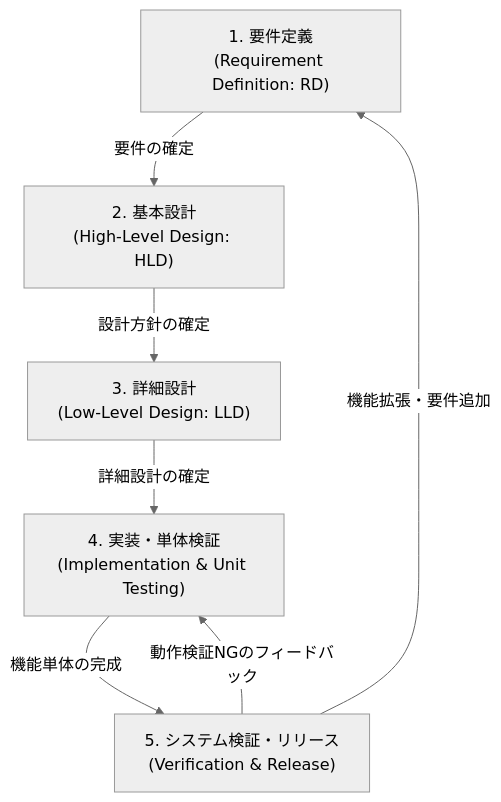
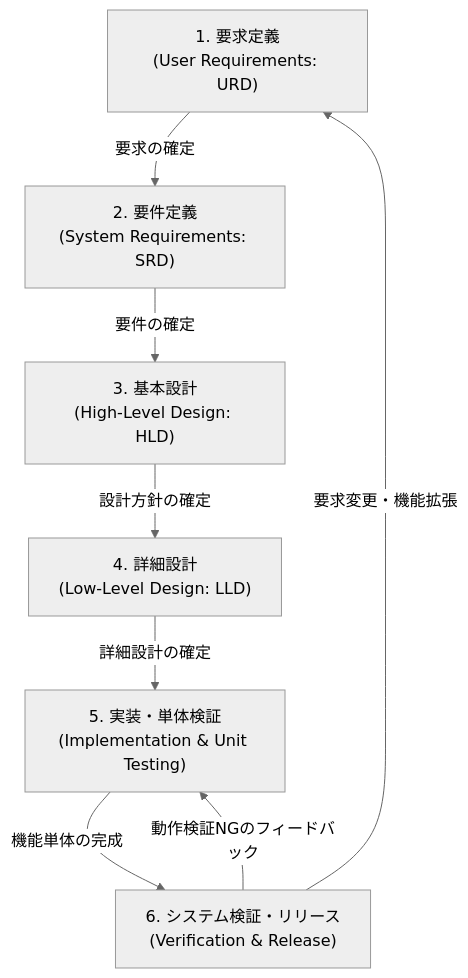
Before and after one commit to rokujyouhitoma/koizora: the diagram in docs/development_process.md, drawn with Mermaid (neutral theme). The commit also changed other lines of this file and 4 other files, not shown here.

Commit message:
docs: split requirements definition into user requirements (URD) and system requirements (SRD)

````diff
--- a/docs/development_process.md
+++ b/docs/development_process.md
@@ -56,15 +75,17 @@
 ```mermaid
 flowchart TD
-    Phase1["1. 要件定義<br>(Requirement Definition: RD)"]
-    Phase2["2. 基本設計<br>(High-Level Design: HLD)"]
-    Phase3["3. 詳細設計<br>(Low-Level Design: LLD)"]
-    Phase4["4. 実装・単体検証<br>(Implementation & Unit Testing)"]
-    Phase5["5. システム検証・リリース<br>(Verification & Release)"]
+    Phase1["1. 要求定義<br>(User Requirements: URD)"]
+    Phase2["2. 要件定義<br>(System Requirements: SRD)"]
+    Phase3["3. 基本設計<br>(High-Level Design: HLD)"]
+    Phase4["4. 詳細設計<br>(Low-Level Design: LLD)"]
+    Phase5["5. 実装・単体検証<br>(Implementation & Unit Testing)"]
+    Phase6["6. システム検証・リリース<br>(Verification & Release)"]
     
-    Phase1 -->|"要件の確定"| Phase2
-    Phase2 -->|"設計方針の確定"| Phase3
-    Phase3 -->|"詳細設計の確定"| Phase4
-    Phase4 -->|"機能単体の完成"| Phase5
-    Phase5 -->|"動作検証NGのフィードバック"| Phase4
-    Phase5 -->|"機能拡張・要件追加"| Phase1
+    Phase1 -->|"要求の確定"| Phase2
+    Phase2 -->|"要件の確定"| Phase3
+    Phase3 -->|"設計方針の確定"| Phase4
+    Phase4 -->|"詳細設計の確定"| Phase5
+    Phase5 -->|"機能単体の完成"| Phase6
+    Phase6 -->|"動作検証NGのフィードバック"| Phase5
+    Phase6 -->|"要求変更・機能拡張"| Phase1
 ```
````
